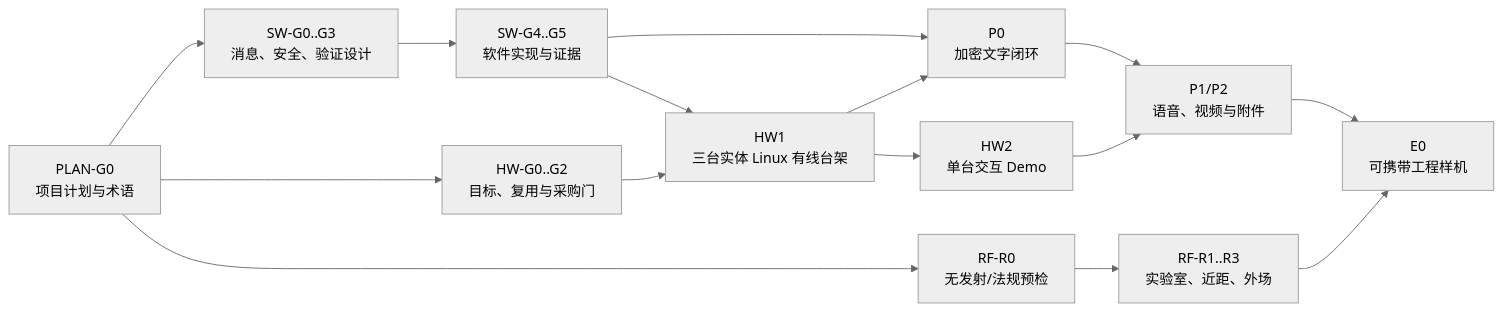
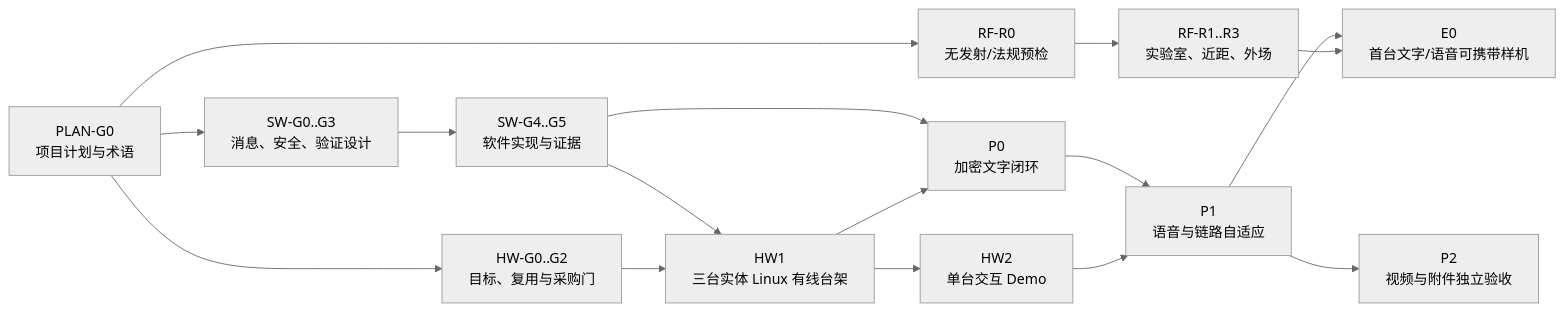
The diagram in docs/status/project-execution-plan.md (laugh0608/RadishLink), drawn with Mermaid (neutral theme) before and after one commit. The commit also changed other lines of this file and 13 other files, not shown here.

````diff
--- a/docs/status/project-execution-plan.md
+++ b/docs/status/project-execution-plan.md
@@ -53,25 +59,27 @@
 ```mermaid
 flowchart LR
     plan["PLAN-G0<br/>项目计划与术语"]
     swd["SW-G0..G3<br/>消息、安全、验证设计"]
     swv["SW-G4..G5<br/>软件实现与证据"]
     hwd["HW-G0..G2<br/>目标、复用与采购门"]
     hw1["HW1<br/>三台实体 Linux 有线台架"]
     hw2["HW2<br/>单台交互 Demo"]
     rf0["RF-R0<br/>无发射/法规预检"]
     rf1["RF-R1..R3<br/>实验室、近距、外场"]
     p0["P0<br/>加密文字闭环"]
-    p1p2["P1/P2<br/>语音、视频与附件"]
-    e0["E0<br/>可携带工程样机"]
+    p1["P1<br/>语音与链路自适应"]
+    p2["P2<br/>视频与附件独立验收"]
+    e0["E0<br/>首台文字/语音可携带样机"]
 
     plan --> swd --> swv
     plan --> hwd
     swv --> hw1 --> hw2
     hwd --> hw1
     plan --> rf0 --> rf1
     swv --> p0
     hw1 --> p0
-    p0 --> p1p2 --> e0
-    hw2 --> p1p2
+    p0 --> p1 --> e0
+    p1 --> p2
+    hw2 --> p1
     rf1 --> e0
 ```
````
